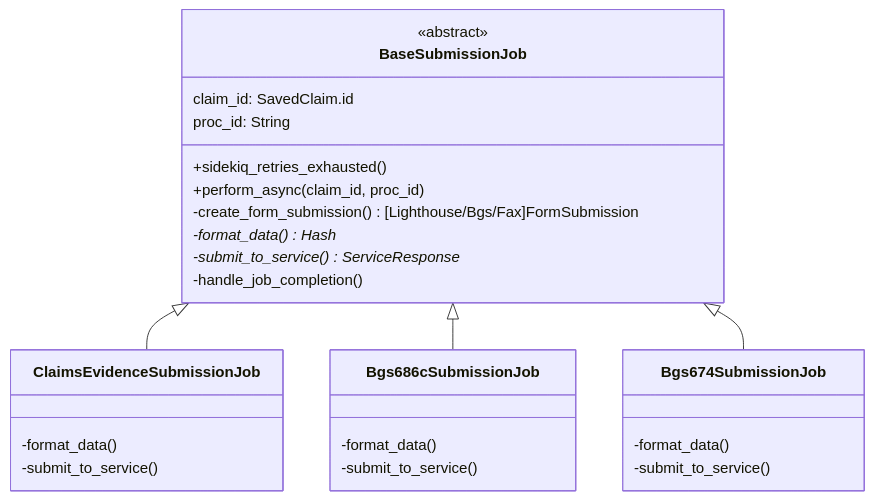
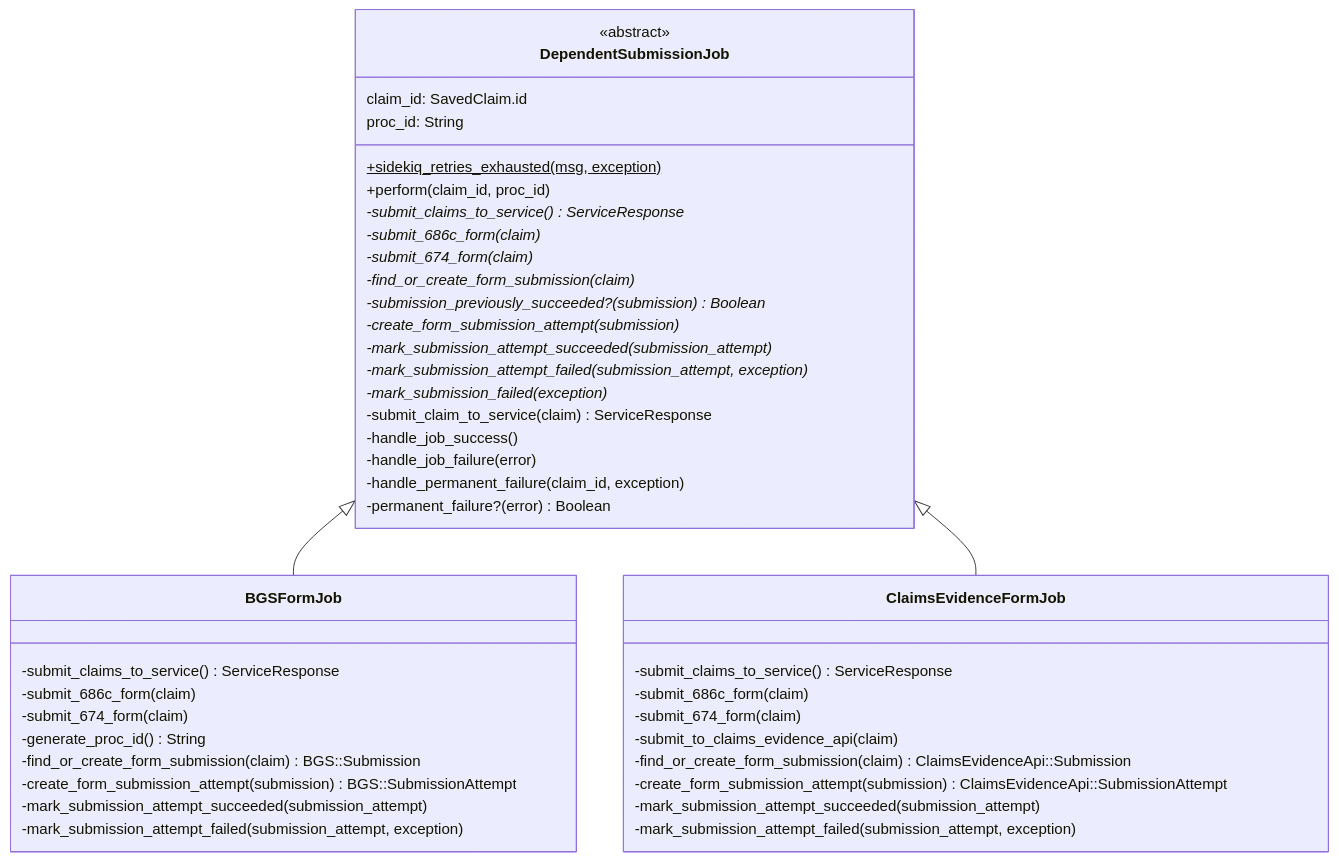
The fourth of 4 diagrams in modules/dependents_benefits/documentation/data_flow_diagrams/class_diagrams.md (department-of-veterans-affairs/vets-api), drawn with Mermaid before and after one commit. The commit also changed other lines of this file and 5 other files, not shown here.

````diff
--- a/modules/dependents_benefits/documentation/data_flow_diagrams/class_diagrams.md
+++ b/modules/dependents_benefits/documentation/data_flow_diagrams/class_diagrams.md
@@ -56,31 +65,49 @@
 ```mermaid
 classDiagram
-    class BaseSubmissionJob {
+    class DependentSubmissionJob {
         <<abstract>>
         claim_id: SavedClaim.id
         proc_id: String
-        +sidekiq_retries_exhausted()
-        +perform_async(claim_id, proc_id)
-        -create_form_submission() [Lighthouse/Bgs/Fax]FormSubmission
-        -format_data()* Hash
-        -submit_to_service()* ServiceResponse
-        -handle_job_completion()
+        +sidekiq_retries_exhausted(msg, exception)$
+        +perform(claim_id, proc_id)
+        -submit_claims_to_service()* ServiceResponse
+        -submit_686c_form(claim)*
+        -submit_674_form(claim)*
+        -find_or_create_form_submission(claim)*
+        -submission_previously_succeeded?(submission)* Boolean
+        -create_form_submission_attempt(submission)*
+        -mark_submission_attempt_succeeded(submission_attempt)*
+        -mark_submission_attempt_failed(submission_attempt, exception)*
+        -mark_submission_failed(exception)*
+        -submit_claim_to_service(claim) ServiceResponse
+        -handle_job_success()
+        -handle_job_failure(error)
+        -handle_permanent_failure(claim_id, exception)
+        -permanent_failure?(error) Boolean
     }
 
-    class ClaimsEvidenceSubmissionJob {
-        -format_data()
-        -submit_to_service()
-    }
-    class Bgs686cSubmissionJob {
-        -format_data()
-        -submit_to_service()
-    }
-    class Bgs674SubmissionJob {
-        -format_data()
-        -submit_to_service()
+    class BGSFormJob {
+        -submit_claims_to_service() ServiceResponse
+        -submit_686c_form(claim)
+        -submit_674_form(claim)
+        -generate_proc_id() String
+        -find_or_create_form_submission(claim) BGS::Submission
+        -create_form_submission_attempt(submission) BGS::SubmissionAttempt
+        -mark_submission_attempt_succeeded(submission_attempt)
+        -mark_submission_attempt_failed(submission_attempt, exception)
     }
 
-    BaseSubmissionJob <|-- ClaimsEvidenceSubmissionJob
-    BaseSubmissionJob <|-- Bgs686cSubmissionJob
-    BaseSubmissionJob <|-- Bgs674SubmissionJob
+    class ClaimsEvidenceFormJob {
+        -submit_claims_to_service() ServiceResponse
+        -submit_686c_form(claim)
+        -submit_674_form(claim)
+        -submit_to_claims_evidence_api(claim)
+        -find_or_create_form_submission(claim) ClaimsEvidenceApi::Submission
+        -create_form_submission_attempt(submission) ClaimsEvidenceApi::SubmissionAttempt
+        -mark_submission_attempt_succeeded(submission_attempt)
+        -mark_submission_attempt_failed(submission_attempt, exception)
+    }
+
+    DependentSubmissionJob <|-- BGSFormJob
+    DependentSubmissionJob <|-- ClaimsEvidenceFormJob
 ```
````
